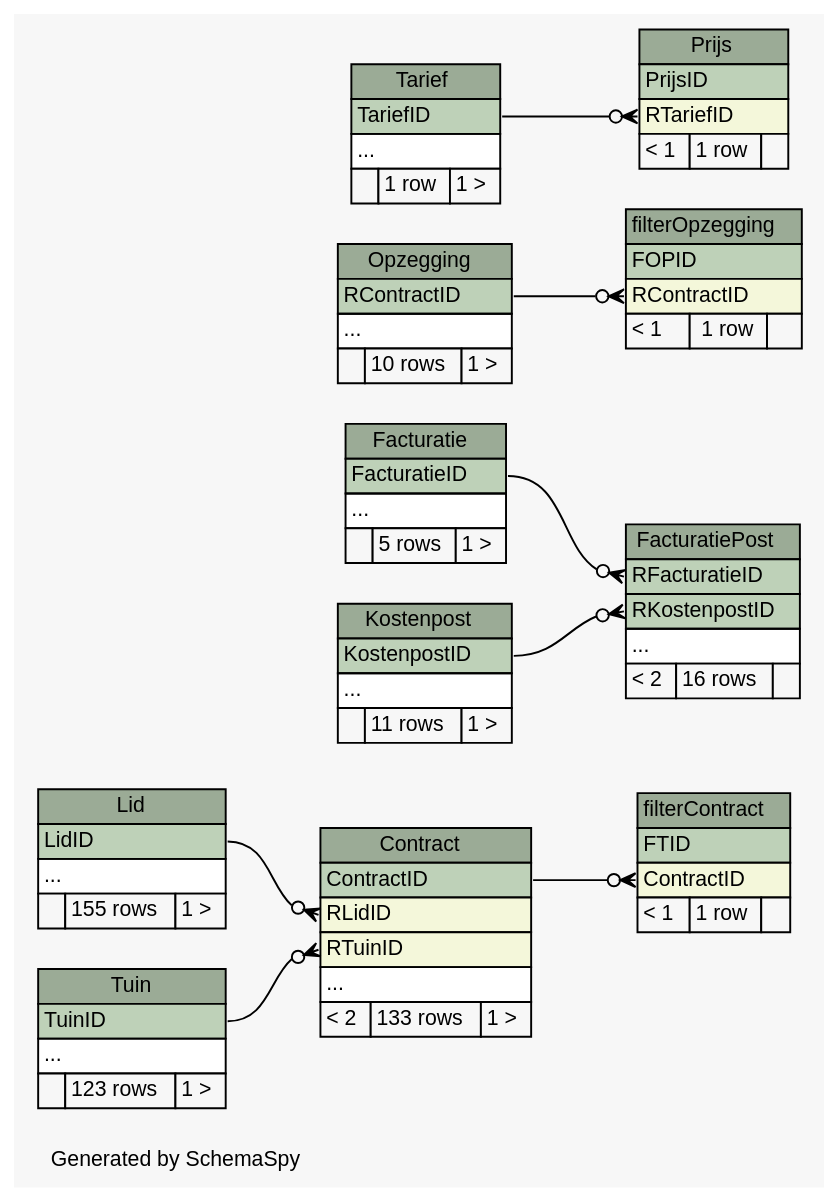
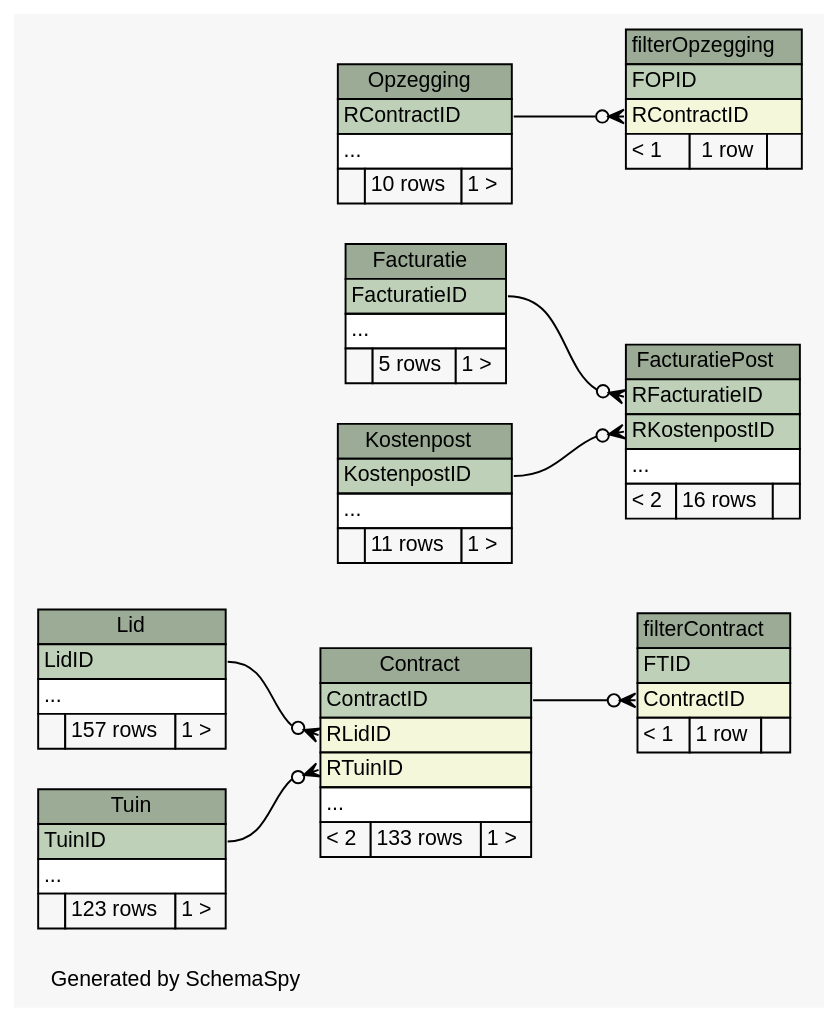
One commit to slspeek/ona-volkstuin changed the diagram in db-schema-docs/diagrams/summary/relationships.real.compact.dot. Above: the diagram before and after it, drawn with Graphviz. The commit also changed 84 other files, not shown here.

```diff
--- a/db-schema-docs/diagrams/summary/relationships.real.compact.dot
+++ b/db-schema-docs/diagrams/summary/relationships.real.compact.dot
@@ -1,153 +1,130 @@
 // dot 2.40.1 on Linux 4.19.0-6-amd64
 // SchemaSpy rev 590
 digraph "compactRelationshipsDiagram" {
   graph [
     rankdir="RL"
     bgcolor="#f7f7f7"
     label="\nGenerated by SchemaSpy"
     labeljust="l"
     nodesep="0.18"
     ranksep="0.46"
     fontname="Helvetica"
     fontsize="11"
   ];
   node [
     fontname="Helvetica"
     fontsize="11"
     shape="plaintext"
   ];
   edge [
     arrowsize="0.8"
   ];
   "Contract" [
     label=<
     <TABLE BORDER="0" CELLBORDER="1" CELLSPACING="0" BGCOLOR="#ffffff">
       <TR><TD COLSPAN="3" BGCOLOR="#9bab96" ALIGN="CENTER">Contract</TD></TR>
       <TR><TD PORT="ContractID" COLSPAN="3" BGCOLOR="#bed1b8" ALIGN="LEFT">ContractID</TD></TR>
       <TR><TD PORT="RLidID" COLSPAN="3" BGCOLOR="#f4f7da" ALIGN="LEFT">RLidID</TD></TR>
       <TR><TD PORT="RTuinID" COLSPAN="3" BGCOLOR="#f4f7da" ALIGN="LEFT">RTuinID</TD></TR>
       <TR><TD PORT="elipses" COLSPAN="3" ALIGN="LEFT">...</TD></TR>
       <TR><TD ALIGN="LEFT" BGCOLOR="#f7f7f7">&lt; 2</TD><TD ALIGN="RIGHT" BGCOLOR="#f7f7f7">133 rows</TD><TD ALIGN="RIGHT" BGCOLOR="#f7f7f7">1 &gt;</TD></TR>
     </TABLE>>
     URL="tables/Contract.html"
     tooltip="Contract"
   ];
   "Facturatie" [
     label=<
     <TABLE BORDER="0" CELLBORDER="1" CELLSPACING="0" BGCOLOR="#ffffff">
       <TR><TD COLSPAN="3" BGCOLOR="#9bab96" ALIGN="CENTER">Facturatie</TD></TR>
       <TR><TD PORT="FacturatieID" COLSPAN="3" BGCOLOR="#bed1b8" ALIGN="LEFT">FacturatieID</TD></TR>
       <TR><TD PORT="elipses" COLSPAN="3" ALIGN="LEFT">...</TD></TR>
       <TR><TD ALIGN="LEFT" BGCOLOR="#f7f7f7">  </TD><TD ALIGN="RIGHT" BGCOLOR="#f7f7f7">5 rows</TD><TD ALIGN="RIGHT" BGCOLOR="#f7f7f7">1 &gt;</TD></TR>
     </TABLE>>
     URL="tables/Facturatie.html"
     tooltip="Facturatie"
   ];
   "FacturatiePost" [
     label=<
     <TABLE BORDER="0" CELLBORDER="1" CELLSPACING="0" BGCOLOR="#ffffff">
       <TR><TD COLSPAN="3" BGCOLOR="#9bab96" ALIGN="CENTER">FacturatiePost</TD></TR>
       <TR><TD PORT="RFacturatieID" COLSPAN="3" BGCOLOR="#bed1b8" ALIGN="LEFT">RFacturatieID</TD></TR>
       <TR><TD PORT="RKostenpostID" COLSPAN="3" BGCOLOR="#bed1b8" ALIGN="LEFT">RKostenpostID</TD></TR>
       <TR><TD PORT="elipses" COLSPAN="3" ALIGN="LEFT">...</TD></TR>
       <TR><TD ALIGN="LEFT" BGCOLOR="#f7f7f7">&lt; 2</TD><TD ALIGN="RIGHT" BGCOLOR="#f7f7f7">16 rows</TD><TD ALIGN="RIGHT" BGCOLOR="#f7f7f7">  </TD></TR>
     </TABLE>>
     URL="tables/FacturatiePost.html"
     tooltip="FacturatiePost"
   ];
   "filterContract" [
     label=<
     <TABLE BORDER="0" CELLBORDER="1" CELLSPACING="0" BGCOLOR="#ffffff">
       <TR><TD COLSPAN="3" BGCOLOR="#9bab96" ALIGN="CENTER">filterContract</TD></TR>
       <TR><TD PORT="FTID" COLSPAN="3" BGCOLOR="#bed1b8" ALIGN="LEFT">FTID</TD></TR>
       <TR><TD PORT="ContractID" COLSPAN="3" BGCOLOR="#f4f7da" ALIGN="LEFT">ContractID</TD></TR>
       <TR><TD ALIGN="LEFT" BGCOLOR="#f7f7f7">&lt; 1</TD><TD ALIGN="RIGHT" BGCOLOR="#f7f7f7">1 row</TD><TD ALIGN="RIGHT" BGCOLOR="#f7f7f7">  </TD></TR>
     </TABLE>>
     URL="tables/filterContract.html"
     tooltip="filterContract"
   ];
   "filterOpzegging" [
     label=<
     <TABLE BORDER="0" CELLBORDER="1" CELLSPACING="0" BGCOLOR="#ffffff">
       <TR><TD COLSPAN="3" BGCOLOR="#9bab96" ALIGN="CENTER">filterOpzegging</TD></TR>
       <TR><TD PORT="FOPID" COLSPAN="3" BGCOLOR="#bed1b8" ALIGN="LEFT">FOPID</TD></TR>
       <TR><TD PORT="RContractID" COLSPAN="3" BGCOLOR="#f4f7da" ALIGN="LEFT">RContractID</TD></TR>
       <TR><TD ALIGN="LEFT" BGCOLOR="#f7f7f7">&lt; 1</TD><TD ALIGN="RIGHT" BGCOLOR="#f7f7f7">1 row</TD><TD ALIGN="RIGHT" BGCOLOR="#f7f7f7">  </TD></TR>
     </TABLE>>
     URL="tables/filterOpzegging.html"
     tooltip="filterOpzegging"
   ];
   "Kostenpost" [
     label=<
     <TABLE BORDER="0" CELLBORDER="1" CELLSPACING="0" BGCOLOR="#ffffff">
       <TR><TD COLSPAN="3" BGCOLOR="#9bab96" ALIGN="CENTER">Kostenpost</TD></TR>
       <TR><TD PORT="KostenpostID" COLSPAN="3" BGCOLOR="#bed1b8" ALIGN="LEFT">KostenpostID</TD></TR>
       <TR><TD PORT="elipses" COLSPAN="3" ALIGN="LEFT">...</TD></TR>
       <TR><TD ALIGN="LEFT" BGCOLOR="#f7f7f7">  </TD><TD ALIGN="RIGHT" BGCOLOR="#f7f7f7">11 rows</TD><TD ALIGN="RIGHT" BGCOLOR="#f7f7f7">1 &gt;</TD></TR>
     </TABLE>>
     URL="tables/Kostenpost.html"
     tooltip="Kostenpost"
   ];
   "Lid" [
     label=<
     <TABLE BORDER="0" CELLBORDER="1" CELLSPACING="0" BGCOLOR="#ffffff">
       <TR><TD COLSPAN="3" BGCOLOR="#9bab96" ALIGN="CENTER">Lid</TD></TR>
       <TR><TD PORT="LidID" COLSPAN="3" BGCOLOR="#bed1b8" ALIGN="LEFT">LidID</TD></TR>
       <TR><TD PORT="elipses" COLSPAN="3" ALIGN="LEFT">...</TD></TR>
-      <TR><TD ALIGN="LEFT" BGCOLOR="#f7f7f7">  </TD><TD ALIGN="RIGHT" BGCOLOR="#f7f7f7">155 rows</TD><TD ALIGN="RIGHT" BGCOLOR="#f7f7f7">1 &gt;</TD></TR>
+      <TR><TD ALIGN="LEFT" BGCOLOR="#f7f7f7">  </TD><TD ALIGN="RIGHT" BGCOLOR="#f7f7f7">157 rows</TD><TD ALIGN="RIGHT" BGCOLOR="#f7f7f7">1 &gt;</TD></TR>
     </TABLE>>
     URL="tables/Lid.html"
     tooltip="Lid"
   ];
   "Opzegging" [
     label=<
     <TABLE BORDER="0" CELLBORDER="1" CELLSPACING="0" BGCOLOR="#ffffff">
       <TR><TD COLSPAN="3" BGCOLOR="#9bab96" ALIGN="CENTER">Opzegging</TD></TR>
       <TR><TD PORT="RContractID" COLSPAN="3" BGCOLOR="#bed1b8" ALIGN="LEFT">RContractID</TD></TR>
       <TR><TD PORT="elipses" COLSPAN="3" ALIGN="LEFT">...</TD></TR>
       <TR><TD ALIGN="LEFT" BGCOLOR="#f7f7f7">  </TD><TD ALIGN="RIGHT" BGCOLOR="#f7f7f7">10 rows</TD><TD ALIGN="RIGHT" BGCOLOR="#f7f7f7">1 &gt;</TD></TR>
     </TABLE>>
     URL="tables/Opzegging.html"
     tooltip="Opzegging"
-  ];
-  "Prijs" [
-    label=<
-    <TABLE BORDER="0" CELLBORDER="1" CELLSPACING="0" BGCOLOR="#ffffff">
-      <TR><TD COLSPAN="3" BGCOLOR="#9bab96" ALIGN="CENTER">Prijs</TD></TR>
-      <TR><TD PORT="PrijsID" COLSPAN="3" BGCOLOR="#bed1b8" ALIGN="LEFT">PrijsID</TD></TR>
-      <TR><TD PORT="RTariefID" COLSPAN="3" BGCOLOR="#f4f7da" ALIGN="LEFT">RTariefID</TD></TR>
-      <TR><TD ALIGN="LEFT" BGCOLOR="#f7f7f7">&lt; 1</TD><TD ALIGN="RIGHT" BGCOLOR="#f7f7f7">1 row</TD><TD ALIGN="RIGHT" BGCOLOR="#f7f7f7">  </TD></TR>
-    </TABLE>>
-    URL="tables/Prijs.html"
-    tooltip="Prijs"
-  ];
-  "Tarief" [
-    label=<
-    <TABLE BORDER="0" CELLBORDER="1" CELLSPACING="0" BGCOLOR="#ffffff">
-      <TR><TD COLSPAN="3" BGCOLOR="#9bab96" ALIGN="CENTER">Tarief</TD></TR>
-      <TR><TD PORT="TariefID" COLSPAN="3" BGCOLOR="#bed1b8" ALIGN="LEFT">TariefID</TD></TR>
-      <TR><TD PORT="elipses" COLSPAN="3" ALIGN="LEFT">...</TD></TR>
-      <TR><TD ALIGN="LEFT" BGCOLOR="#f7f7f7">  </TD><TD ALIGN="RIGHT" BGCOLOR="#f7f7f7">1 row</TD><TD ALIGN="RIGHT" BGCOLOR="#f7f7f7">1 &gt;</TD></TR>
-    </TABLE>>
-    URL="tables/Tarief.html"
-    tooltip="Tarief"
   ];
   "Tuin" [
     label=<
     <TABLE BORDER="0" CELLBORDER="1" CELLSPACING="0" BGCOLOR="#ffffff">
       <TR><TD COLSPAN="3" BGCOLOR="#9bab96" ALIGN="CENTER">Tuin</TD></TR>
       <TR><TD PORT="TuinID" COLSPAN="3" BGCOLOR="#bed1b8" ALIGN="LEFT">TuinID</TD></TR>
       <TR><TD PORT="elipses" COLSPAN="3" ALIGN="LEFT">...</TD></TR>
       <TR><TD ALIGN="LEFT" BGCOLOR="#f7f7f7">  </TD><TD ALIGN="RIGHT" BGCOLOR="#f7f7f7">123 rows</TD><TD ALIGN="RIGHT" BGCOLOR="#f7f7f7">1 &gt;</TD></TR>
     </TABLE>>
     URL="tables/Tuin.html"
     tooltip="Tuin"
   ];
   "Contract":"RLidID":w -> "Lid":"LidID":e [arrowhead=none dir=back arrowtail=crowodot];
   "Contract":"RTuinID":w -> "Tuin":"TuinID":e [arrowhead=none dir=back arrowtail=crowodot];
   "FacturatiePost":"RFacturatieID":w -> "Facturatie":"FacturatieID":e [arrowhead=none dir=back arrowtail=crowodot];
   "FacturatiePost":"RKostenpostID":w -> "Kostenpost":"KostenpostID":e [arrowhead=none dir=back arrowtail=crowodot];
   "filterContract":"ContractID":w -> "Contract":"ContractID":e [arrowhead=none dir=back arrowtail=crowodot];
   "filterOpzegging":"RContractID":w -> "Opzegging":"RContractID":e [arrowhead=none dir=back arrowtail=crowodot];
-  "Prijs":"RTariefID":w -> "Tarief":"TariefID":e [arrowhead=none dir=back arrowtail=crowodot];
 }
```
